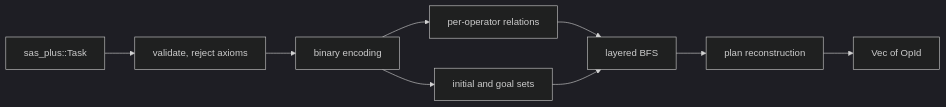
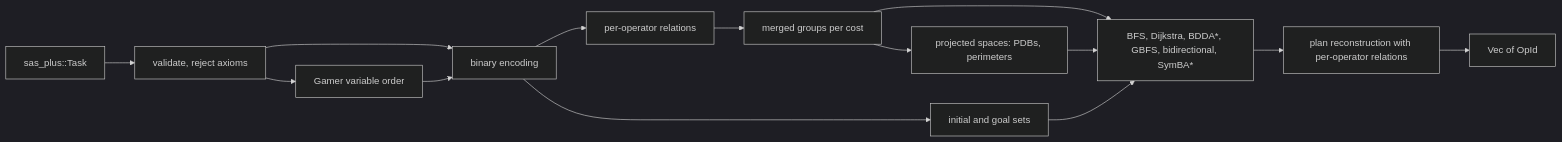
One commit to sunsided/symbolic-search changed the diagram in docs/design.md. Above: the diagram before and after it, drawn with Mermaid (dark theme). The commit also changed other lines of this file and 2 other files, not shown here.

First line of the commit message:
Document the cost-aware searches and update the status

````diff
--- a/docs/design.md
+++ b/docs/design.md
@@ -14,11 +14,16 @@
 ```mermaid
 graph LR
     Task[sas_plus::Task] --> Validate[validate, reject axioms]
     Validate --> Encoding[binary encoding]
+    Validate --> Order[Gamer variable order]
+    Order --> Encoding
     Encoding --> TR[per-operator relations]
+    TR --> Groups[merged groups per cost]
     Encoding --> Sets[initial and goal sets]
-    TR --> Search[layered BFS]
+    Groups --> Search[BFS, Dijkstra, BDDA*, GBFS, bidirectional, SymBA*]
+    Groups --> Abs[projected spaces: PDBs, perimeters]
+    Abs --> Search
     Sets --> Search
-    Search --> Trace[plan reconstruction]
+    Search --> Trace[plan reconstruction with per-operator relations]
     Trace --> Plan[Vec of OpId]
 ```
````
